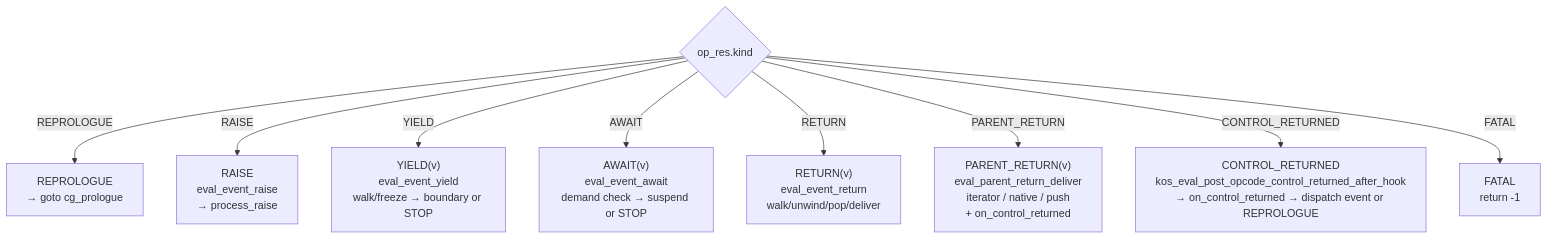
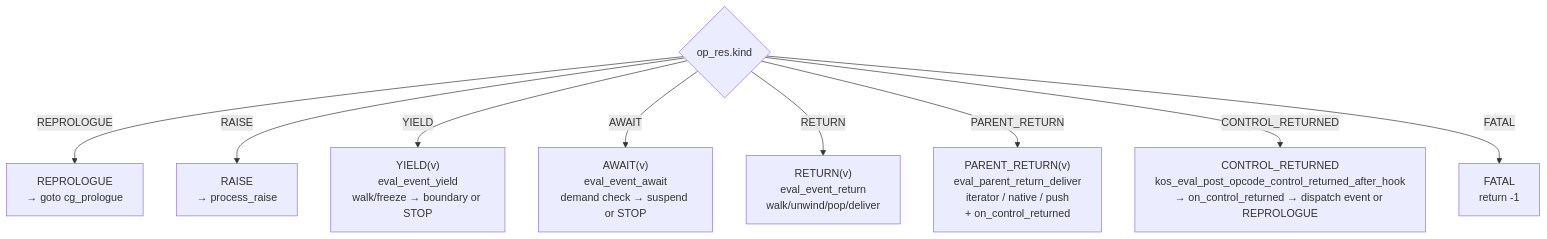
One commit to koskari-lang/koskari changed the seventh of 11 diagrams in design/EVALUATOR.md. Above: the diagram before and after it, drawn with Mermaid. The commit also changed other lines of this file and 12 other files, not shown here.

First line of the commit message:
eval: trim the raise path after ingress unification

````diff
--- a/design/EVALUATOR.md
+++ b/design/EVALUATOR.md
@@ -377,21 +377,21 @@
 ```mermaid
 flowchart TD
     kind{"op_res.kind"}
     repro["REPROLOGUE<br/>→ goto cg_prologue"]
-    raise["RAISE<br/>eval_event_raise<br/>→ process_raise"]
+    raise["RAISE<br/>→ process_raise"]
     yield["YIELD(v)<br/>eval_event_yield<br/>walk/freeze → boundary or STOP"]
     await["AWAIT(v)<br/>eval_event_await<br/>demand check → suspend or STOP"]
     ret["RETURN(v)<br/>eval_event_return<br/>walk/unwind/pop/deliver"]
     pret["PARENT_RETURN(v)<br/>eval_parent_return_deliver<br/>iterator / native / push<br/>+ on_control_returned"]
     ctrl["CONTROL_RETURNED<br/>kos_eval_post_opcode_control_returned_after_hook<br/>→ on_control_returned → dispatch event or REPROLOGUE"]
     fatal["FATAL<br/>return -1"]
 
     kind -->|REPROLOGUE| repro
     kind -->|RAISE| raise
     kind -->|YIELD| yield
     kind -->|AWAIT| await
     kind -->|RETURN| ret
     kind -->|PARENT_RETURN| pret
     kind -->|CONTROL_RETURNED| ctrl
     kind -->|FATAL| fatal
 ```
````
